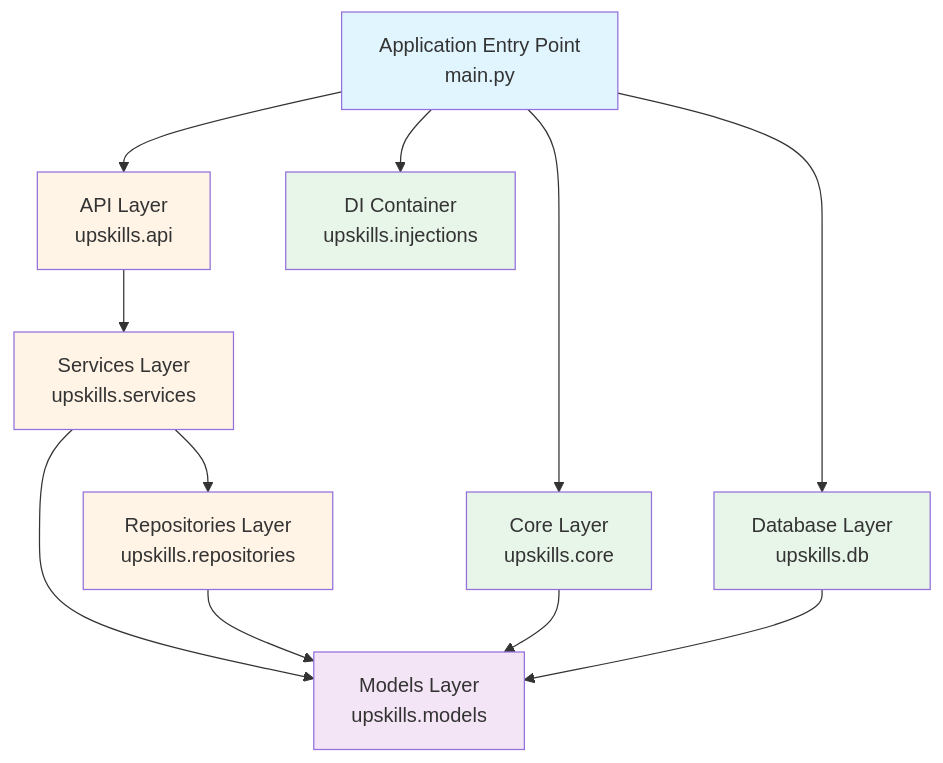
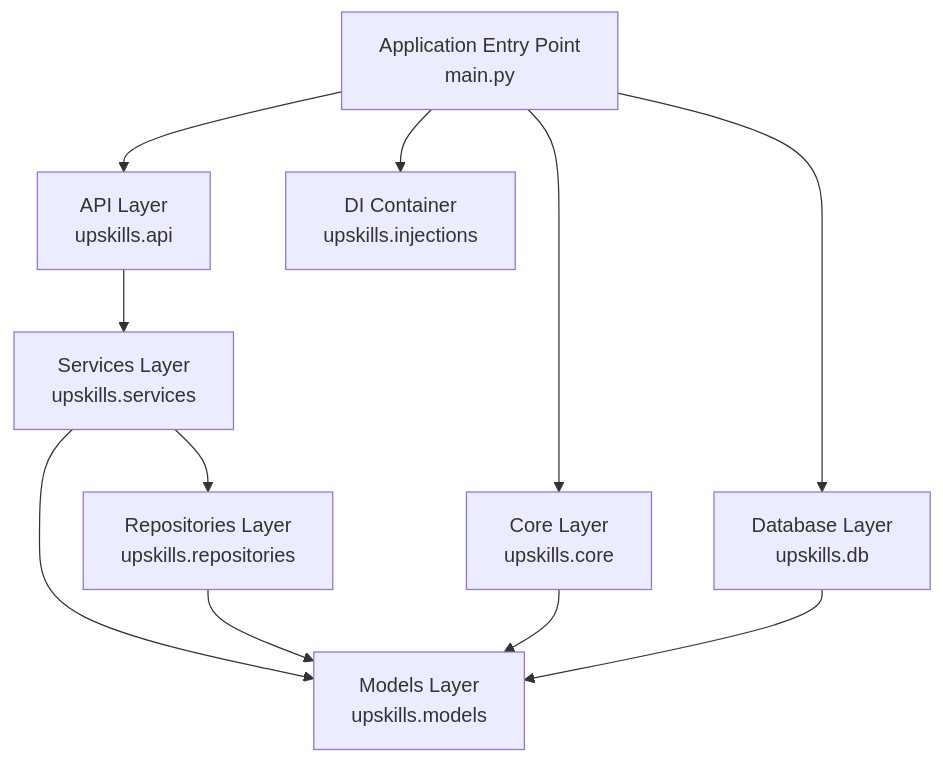
Before and after one commit to ELC/upskilling: the first of 4 diagrams in docs/changes_from_refactor-session-management_to_simplify-imports.md, drawn with Mermaid. The commit also changed other lines of this file, not shown here.

````diff
--- a/docs/changes_from_refactor-session-management_to_simplify-imports.md
+++ b/docs/changes_from_refactor-session-management_to_simplify-imports.md
@@ -52,24 +52,15 @@
 ```mermaid
 graph TD
     A[Application Entry Point<br/>main.py] --> B[API Layer<br/>upskills.api]
     A --> C[Core Layer<br/>upskills.core]
     A --> D[Database Layer<br/>upskills.db]
     A --> E[DI Container<br/>upskills.injections]
     
     B --> F[Services Layer<br/>upskills.services]
     F --> G[Repositories Layer<br/>upskills.repositories]
     F --> H[Models Layer<br/>upskills.models]
     G --> H
     
     C --> H
     D --> H
-    
-    style A fill:#e1f5ff
-    style B fill:#fff4e6
-    style F fill:#fff4e6
-    style G fill:#fff4e6
-    style H fill:#f3e5f5
-    style C fill:#e8f5e9
-    style D fill:#e8f5e9
-    style E fill:#e8f5e9
 ```
````
